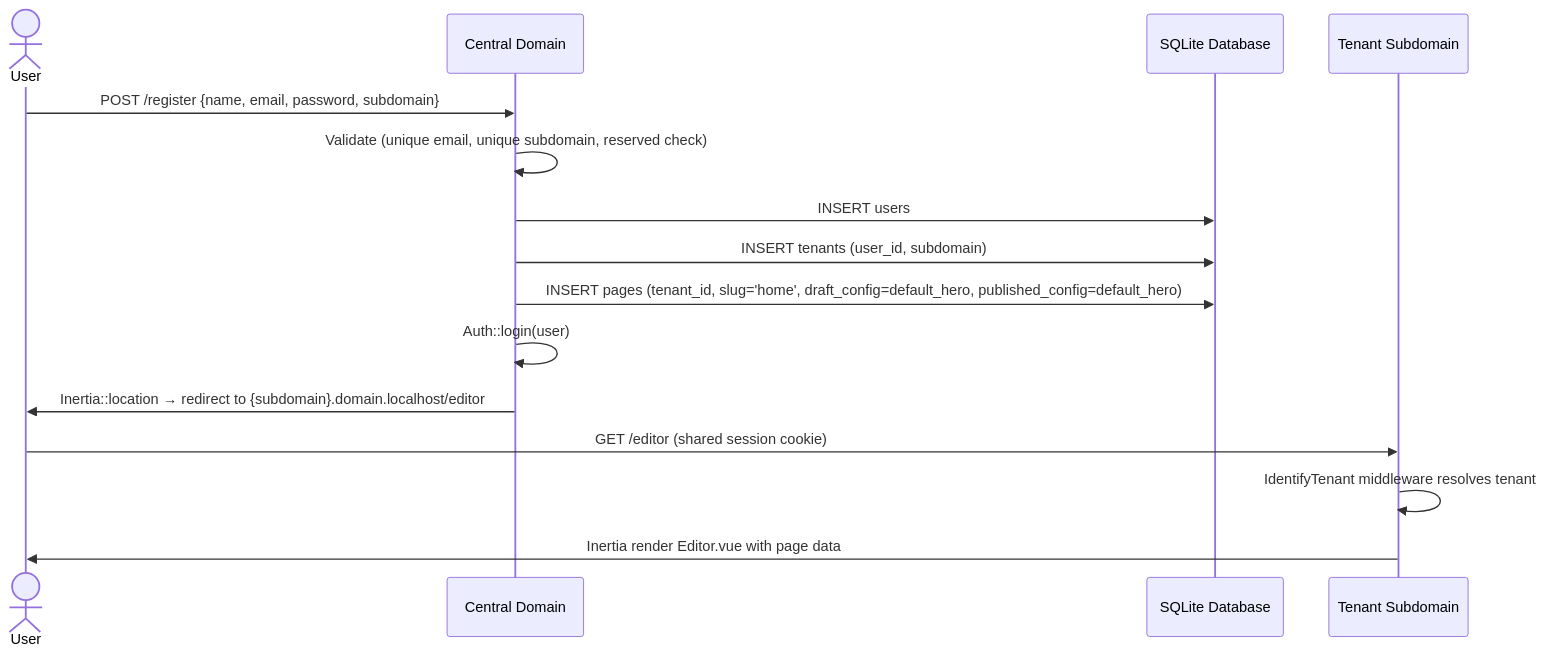
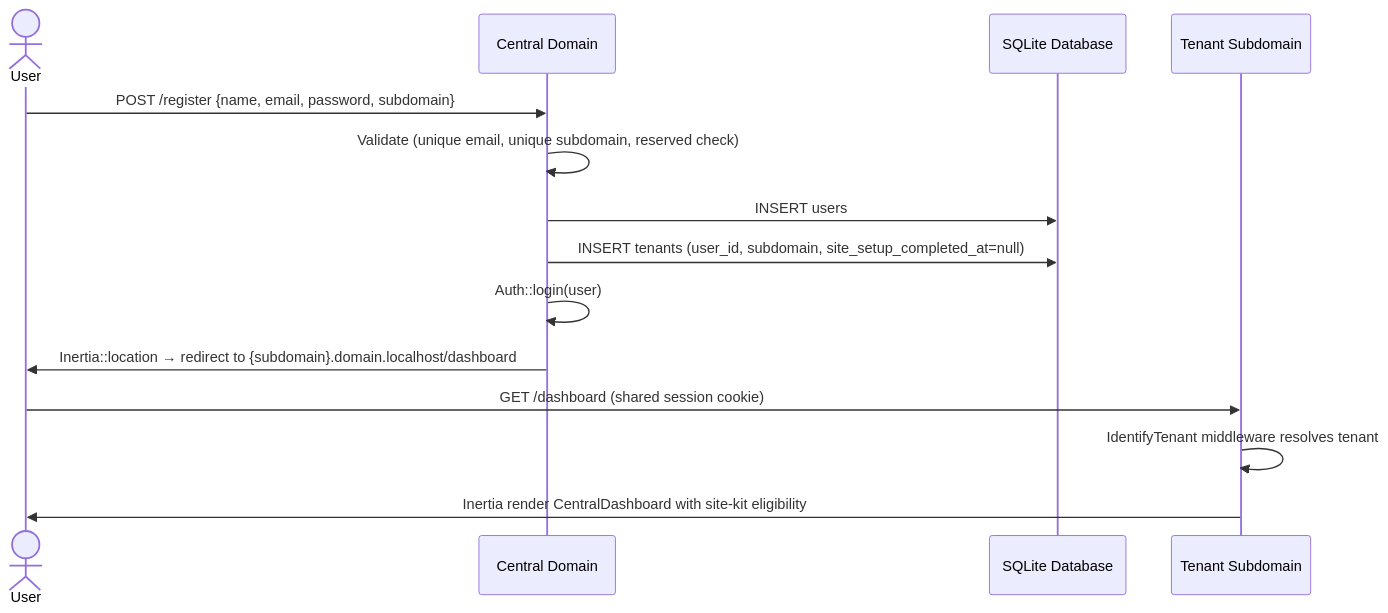
One commit to TDRodney/web-builder changed the third of 7 diagrams in spec.md. Above: the diagram before and after it, drawn with Mermaid. The commit also changed other lines of this file and 23 other files, not shown here.

````diff
--- a/spec.md
+++ b/spec.md
@@ -378,18 +379,17 @@
 ```mermaid
 sequenceDiagram
     actor User
     participant Central as Central Domain
     participant DB as SQLite Database
     participant Tenant as Tenant Subdomain
 
     User->>Central: POST /register {name, email, password, subdomain}
     Central->>Central: Validate (unique email, unique subdomain, reserved check)
     Central->>DB: INSERT users
-    Central->>DB: INSERT tenants (user_id, subdomain)
-    Central->>DB: INSERT pages (tenant_id, slug='home', draft_config=default_hero, published_config=default_hero)
+    Central->>DB: INSERT tenants (user_id, subdomain, site_setup_completed_at=null)
     Central->>Central: Auth::login(user)
-    Central->>User: Inertia::location → redirect to {subdomain}.domain.localhost/editor
-    User->>Tenant: GET /editor (shared session cookie)
+    Central->>User: Inertia::location → redirect to {subdomain}.domain.localhost/dashboard
+    User->>Tenant: GET /dashboard (shared session cookie)
     Tenant->>Tenant: IdentifyTenant middleware resolves tenant
-    Tenant->>User: Inertia render Editor.vue with page data
+    Tenant->>User: Inertia render CentralDashboard with site-kit eligibility
 ```
````
